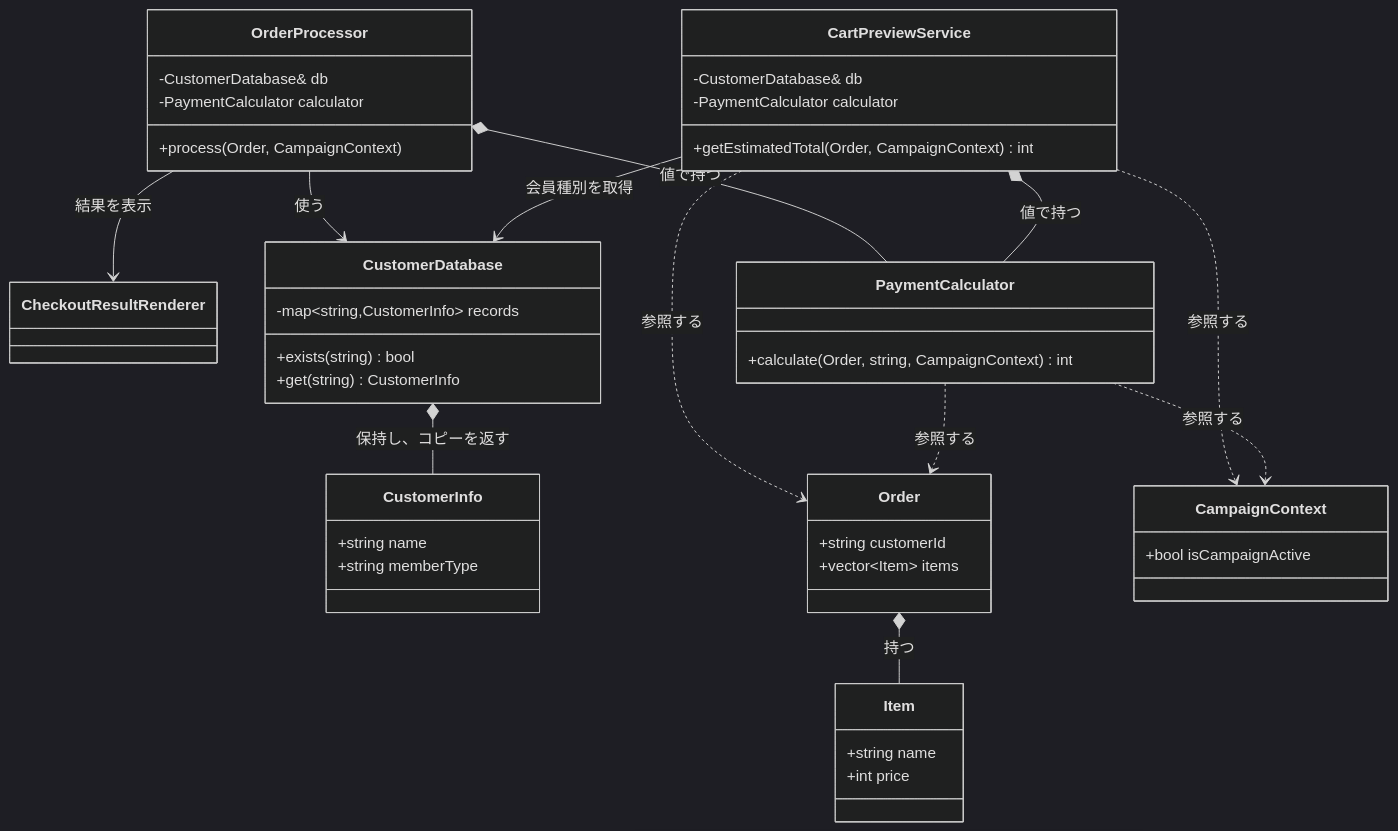
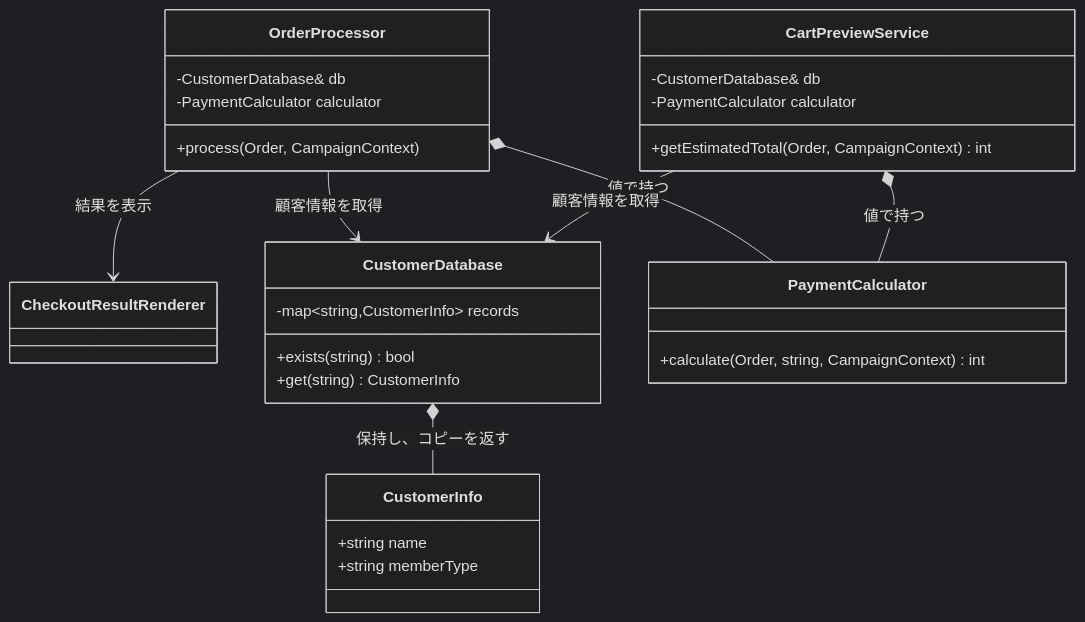
Before and after one commit to kumachan1101-pixel/DesignPattern: the fourth of 19 diagrams in kindle/design-patterns/books/volume01-core-patterns/output/03-chapter01.md, drawn with Mermaid (dark theme). The commit also changed other lines of this file and 19 other files, not shown here.

````diff
--- a/kindle/design-patterns/books/volume01-core-patterns/output/03-chapter01.md
+++ b/kindle/design-patterns/books/volume01-core-patterns/output/03-chapter01.md
@@ -268,50 +295,34 @@
 ```mermaid
 classDiagram
     direction TB
     class CheckoutResultRenderer
     class CustomerDatabase {
         -map~string,CustomerInfo~ records
         +exists(string) bool
         +get(string) CustomerInfo
     }
     class CustomerInfo {
         +string name
         +string memberType
     }
     class OrderProcessor {
         -CustomerDatabase& db
         -PaymentCalculator calculator
         +process(Order, CampaignContext)
     }
     class PaymentCalculator {
         +calculate(Order, string, CampaignContext) int
     }
     class CartPreviewService {
         -CustomerDatabase& db
         -PaymentCalculator calculator
         +getEstimatedTotal(Order, CampaignContext) int
     }
-    class Order {
-        +string customerId
-        +vector~Item~ items
-    }
-    class Item {
-        +string name
-        +int price
-    }
-    class CampaignContext {
-        +bool isCampaignActive
-    }
 
-    OrderProcessor --> CustomerDatabase : 使う
+    OrderProcessor --> CustomerDatabase : 顧客情報を取得
     OrderProcessor *-- PaymentCalculator : 値で持つ
     OrderProcessor --> CheckoutResultRenderer : 結果を表示
     CustomerDatabase *-- CustomerInfo : 保持し、コピーを返す
-    CartPreviewService --> CustomerDatabase : 会員種別を取得
+    CartPreviewService --> CustomerDatabase : 顧客情報を取得
     CartPreviewService *-- PaymentCalculator : 値で持つ
-    CartPreviewService ..> Order : 参照する
-    CartPreviewService ..> CampaignContext : 参照する
-    PaymentCalculator ..> Order : 参照する
-    PaymentCalculator ..> CampaignContext : 参照する
-    Order *-- Item : 持つ
 ```
````
